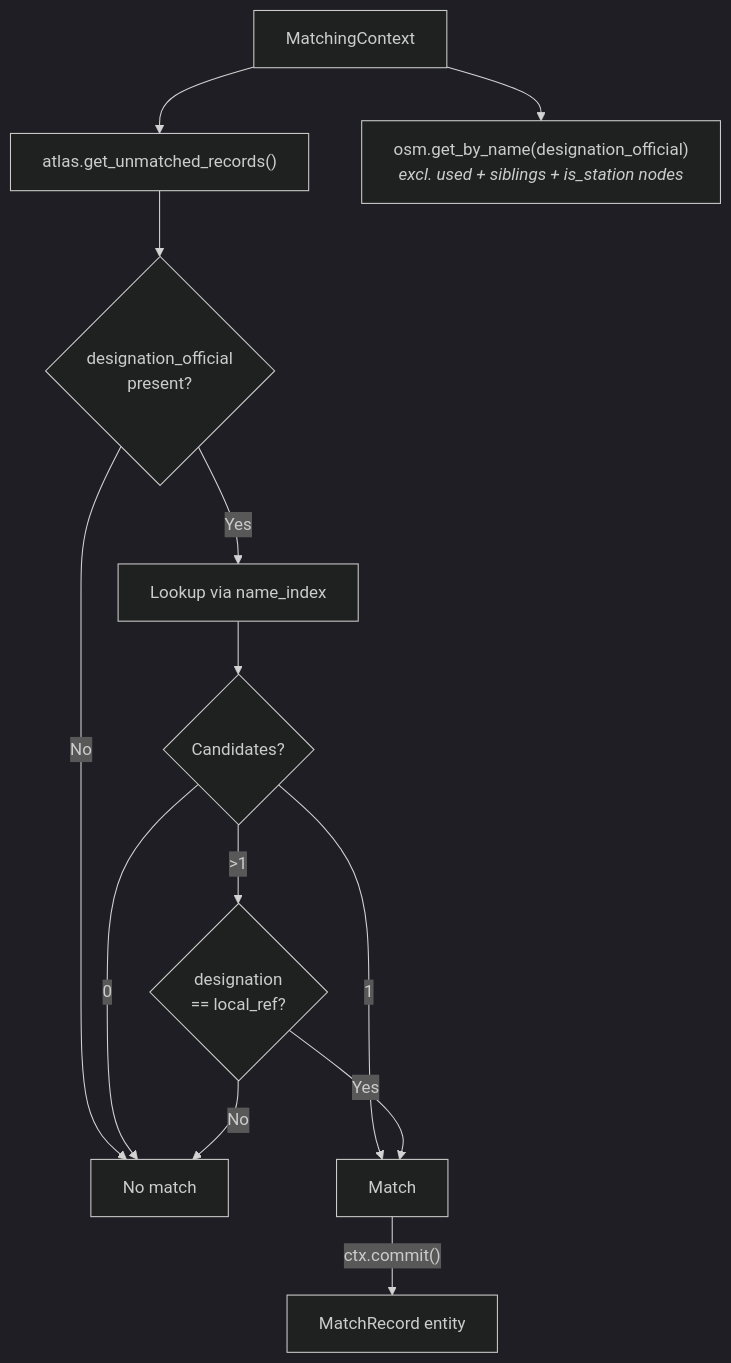
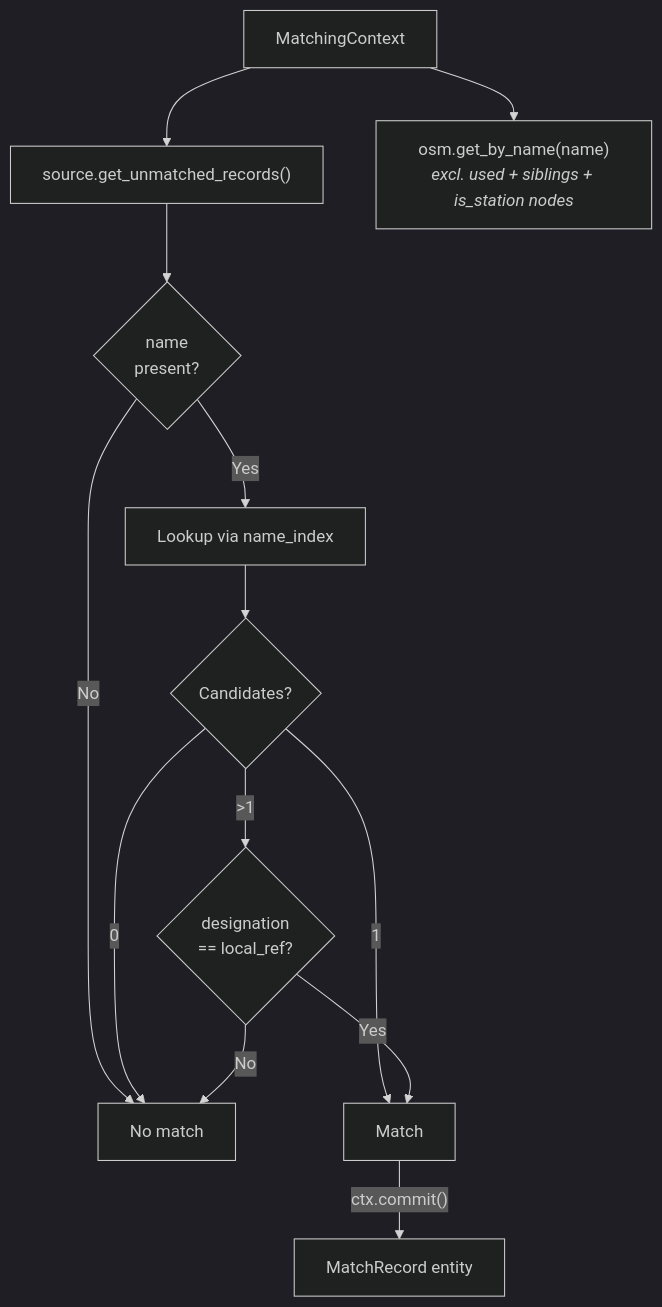
The diagram in documentation/2.2 Name matching.md (openTdataCH/stop_sync_osm_atlas), drawn with Mermaid (dark theme) before and after one commit. The commit also changed other lines of this file and 261 other files, not shown here.

````diff
--- a/documentation/2.2 Name matching.md
+++ b/documentation/2.2 Name matching.md
@@ -5,15 +7,15 @@
 ```mermaid
 flowchart TB
-    CTX["MatchingContext"] --> UA["atlas.get_unmatched_records()"]
-    CTX --> OSM["osm.get_by_name(designation_official)<br/><i>excl. used + siblings + is_station nodes</i>"]
-    UA --> Z{"designation_official<br/>present?"}
+    CTX["MatchingContext"] --> UA["source.get_unmatched_records()"]
+    CTX --> OSM["osm.get_by_name(name)<br/><i>excl. used + siblings + is_station nodes</i>"]
+    UA --> Z{"name<br/>present?"}
     Z -->|No| X["No match"]
     Z -->|Yes| K["Lookup via name_index"]
     K --> S{"Candidates?"}
     S -->|0| X
     S -->|1| M["Match"]
     S -->|">1"| D{"designation<br/>== local_ref?"}
     D -->|Yes| M
     D -->|No| X
     M -->|"ctx.commit()"| OUT["MatchRecord entity"]
 ```
````
